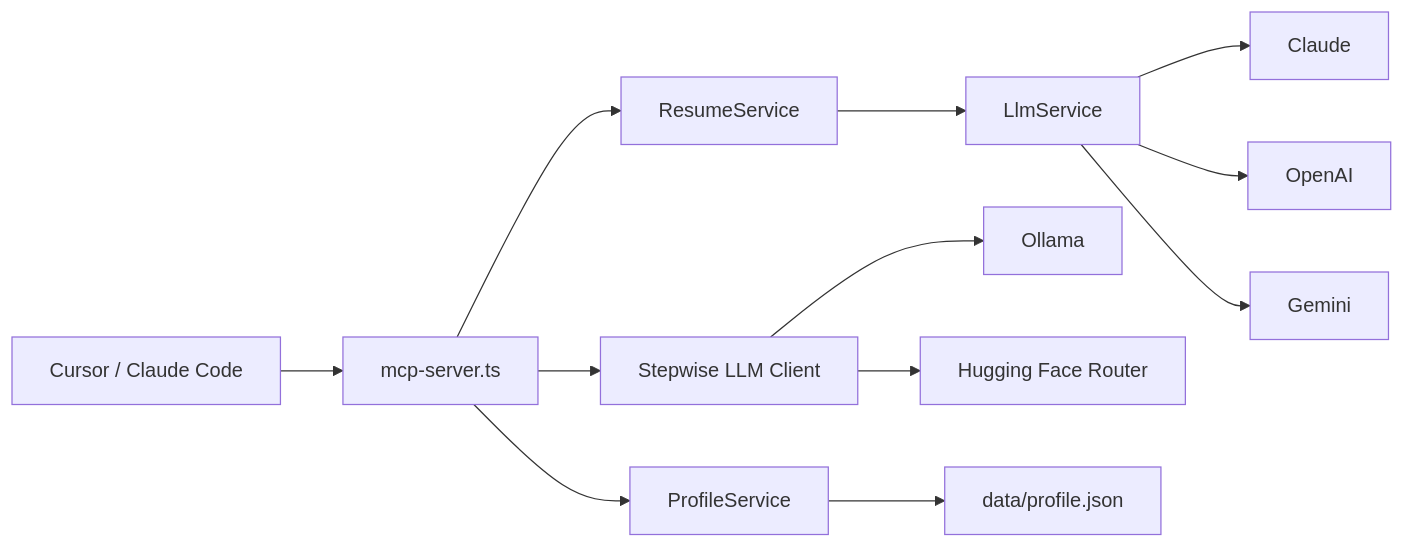
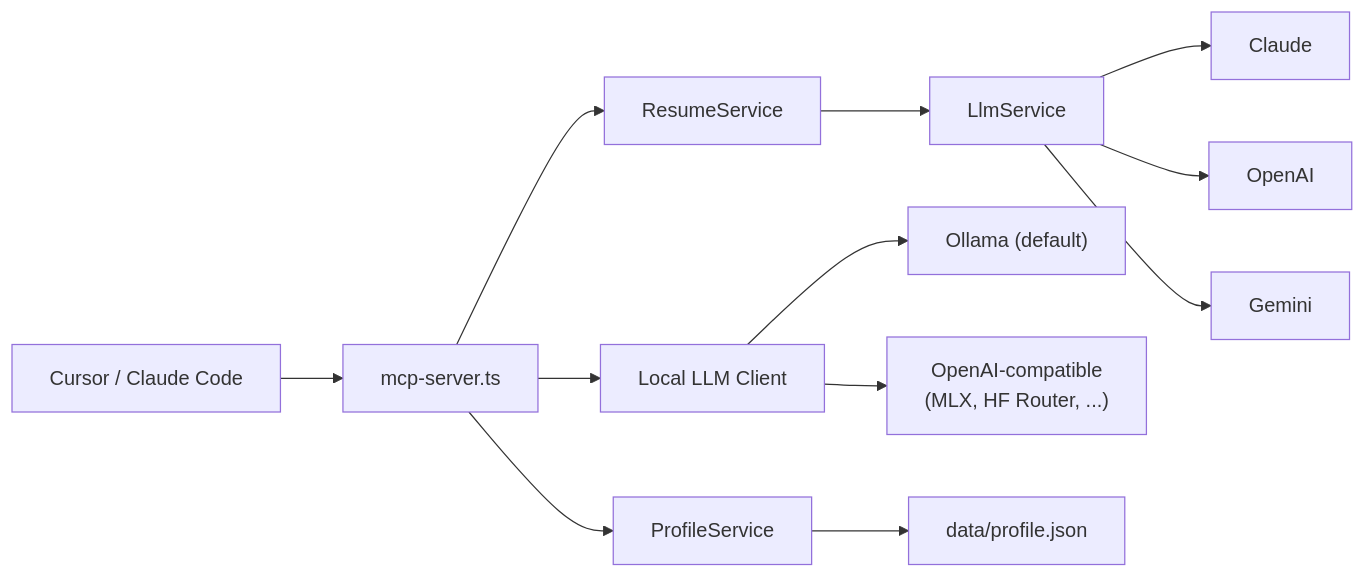
The diagram in README.md (doyeonjeong/IT-Resume-MCP), drawn with Mermaid before and after one commit. The commit also changed other lines of this file and 2 other files, not shown here.

First line of the commit message:
docs: restructure README + env.example for new local LLM provider model

````diff
--- a/README.md
+++ b/README.md
@@ -47,14 +47,14 @@
 ```mermaid
 graph LR
   Client["Cursor / Claude Code"] --> MCP["mcp-server.ts"]
   MCP --> Profile["ProfileService"]
   MCP --> Resume["ResumeService"]
-  MCP --> Stepwise["Stepwise LLM Client"]
+  MCP --> Stepwise["Local LLM Client"]
   Resume --> Cloud["LlmService"]
   Cloud --> Claude["Claude"]
   Cloud --> OpenAI["OpenAI"]
   Cloud --> Gemini["Gemini"]
-  Stepwise --> Ollama["Ollama"]
-  Stepwise --> HF["Hugging Face Router"]
+  Stepwise --> Ollama["Ollama (default)"]
+  Stepwise --> OAC["OpenAI-compatible<br/>(MLX, HF Router, ...)"]
   Profile --> Data["data/profile.json"]
 ```
````
